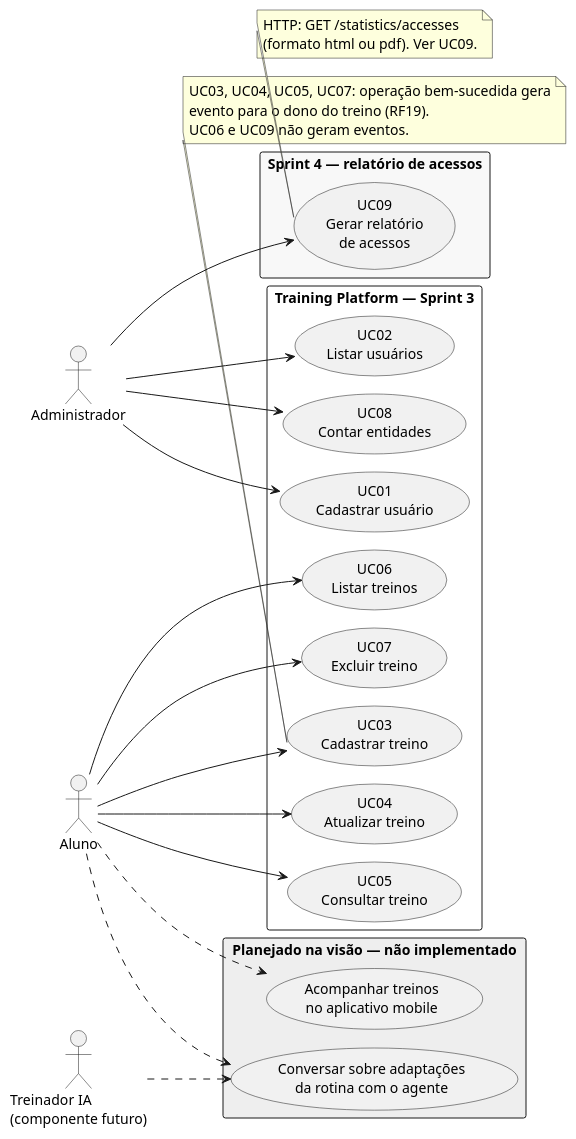
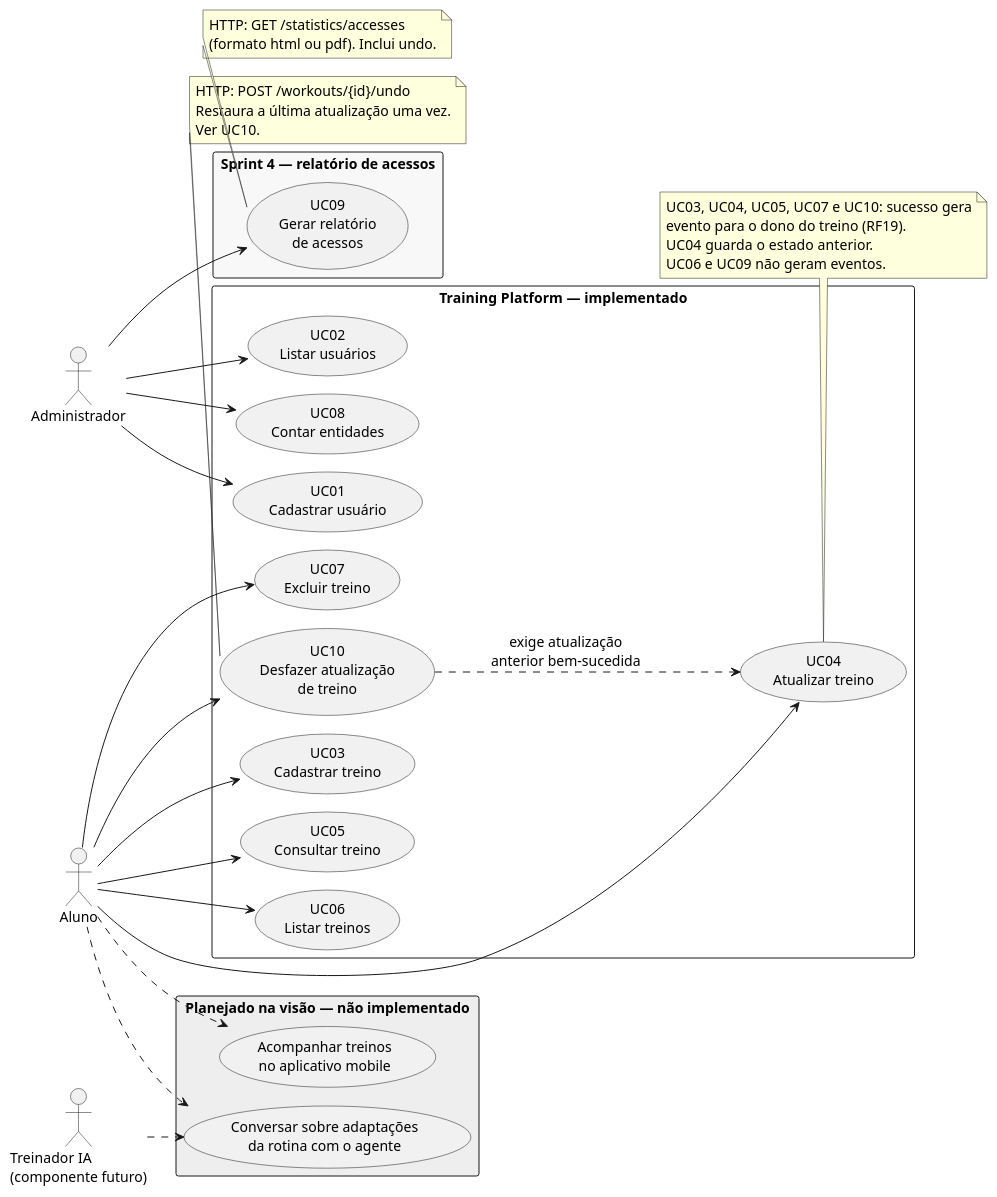
Before and after one commit to Miguelqfs/training-platform: the diagram in docs/diagramas/casos-de-uso-usuarios.puml, drawn with PlantUML. The commit also changed 35 other files, not shown here.

First line of the commit message:
docs(sprint5): fechar Command, Memento e o desfazer

```diff
--- a/docs/diagramas/casos-de-uso-usuarios.puml
+++ b/docs/diagramas/casos-de-uso-usuarios.puml
@@ -1,48 +1,57 @@
 @startuml
 !pragma layout smetana
 left to right direction
 skinparam packageStyle rectangle
 skinparam defaultFontSize 14
 actor Aluno
 actor Administrador
 actor "Treinador IA\n(componente futuro)" as IA
 
-rectangle "Training Platform — Sprint 3" {
+rectangle "Training Platform — implementado" {
   usecase "UC01\nCadastrar usuário" as UC01
   usecase "UC02\nListar usuários" as UC02
   usecase "UC03\nCadastrar treino" as UC03
   usecase "UC04\nAtualizar treino" as UC04
   usecase "UC05\nConsultar treino" as UC05
   usecase "UC06\nListar treinos" as UC06
   usecase "UC07\nExcluir treino" as UC07
   usecase "UC08\nContar entidades" as UC08
+  usecase "UC10\nDesfazer atualização\nde treino" as UC10
 }
 rectangle "Sprint 4 — relatório de acessos" #F8F8F8 {
   usecase "UC09\nGerar relatório\nde acessos" as UC09
 }
 rectangle "Planejado na visão — não implementado" #EEEEEE {
   usecase "Acompanhar treinos\nno aplicativo mobile" as FutureApp
   usecase "Conversar sobre adaptações\nda rotina com o agente" as FutureIA
 }
 Administrador --> UC01
 Administrador --> UC02
 Administrador --> UC08
 Administrador --> UC09
 Aluno --> UC03
 Aluno --> UC04
 Aluno --> UC05
 Aluno --> UC06
 Aluno --> UC07
+Aluno --> UC10
 Aluno ..> FutureApp
 Aluno ..> FutureIA
 IA ..> FutureIA
-note bottom of UC03
-  UC03, UC04, UC05, UC07: operação bem-sucedida gera
+UC10 ..> UC04 : exige atualização\nanterior bem-sucedida
+note bottom of UC04
+  UC03, UC04, UC05, UC07 e UC10: sucesso gera
   evento para o dono do treino (RF19).
+  UC04 guarda o estado anterior.
   UC06 e UC09 não geram eventos.
+end note
+note bottom of UC10
+  HTTP: POST /workouts/{id}/undo
+  Restaura a última atualização uma vez.
+  Ver UC10.
 end note
 note bottom of UC09
   HTTP: GET /statistics/accesses
-  (formato html ou pdf). Ver UC09.
+  (formato html ou pdf). Inclui undo.
 end note
 @enduml
```
